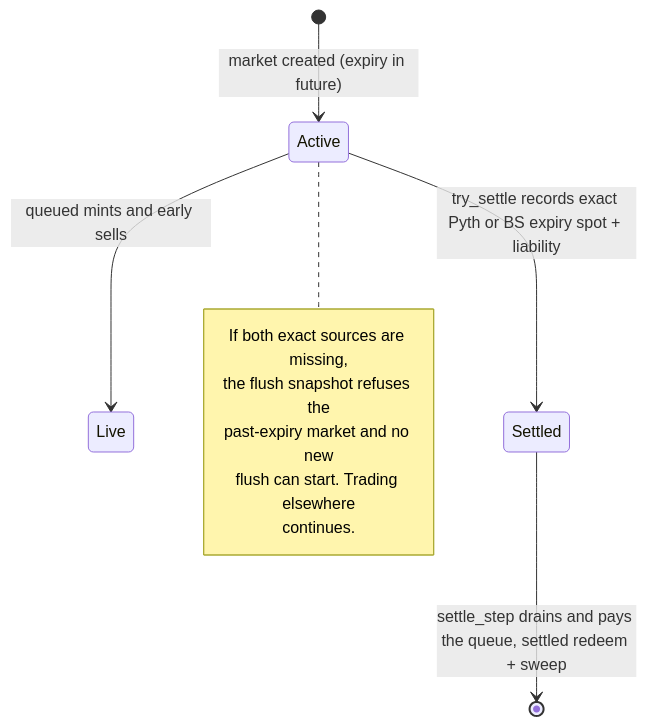
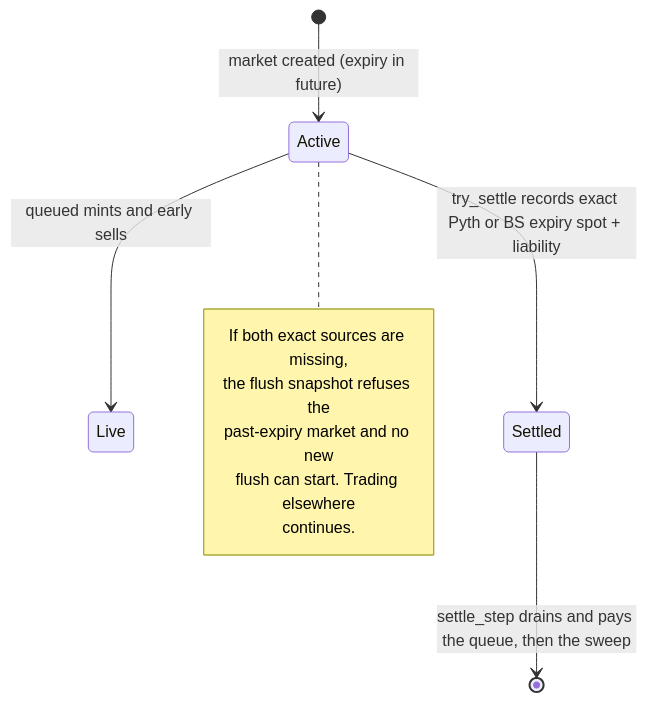
The diagram in packages/predict/docs/risks.md (MystenLabs/deepbookv3), drawn with Mermaid before and after one commit. The commit also changed other lines of this file and 14 other files, not shown here.

First line of the commit message:
predict: retire redeem_settled and redeem_settled_permissionless (DBU-929) (#1356)

````diff
--- a/packages/predict/docs/risks.md
+++ b/packages/predict/docs/risks.md
@@ -71,14 +71,14 @@
 ```mermaid
 stateDiagram-v2
     [*] --> Active: market created (expiry in future)
     Active --> Live: queued mints and early sells
     Active --> Settled: try_settle records exact Pyth or BS expiry spot + liability
-    Settled --> [*]: settle_step drains and pays the queue, settled redeem + sweep
+    Settled --> [*]: settle_step drains and pays the queue, then the sweep
     note right of Active
       If both exact sources are missing,
       the flush snapshot refuses the
       past-expiry market and no new
       flush can start. Trading elsewhere
       continues.
     end note
 ```
````
